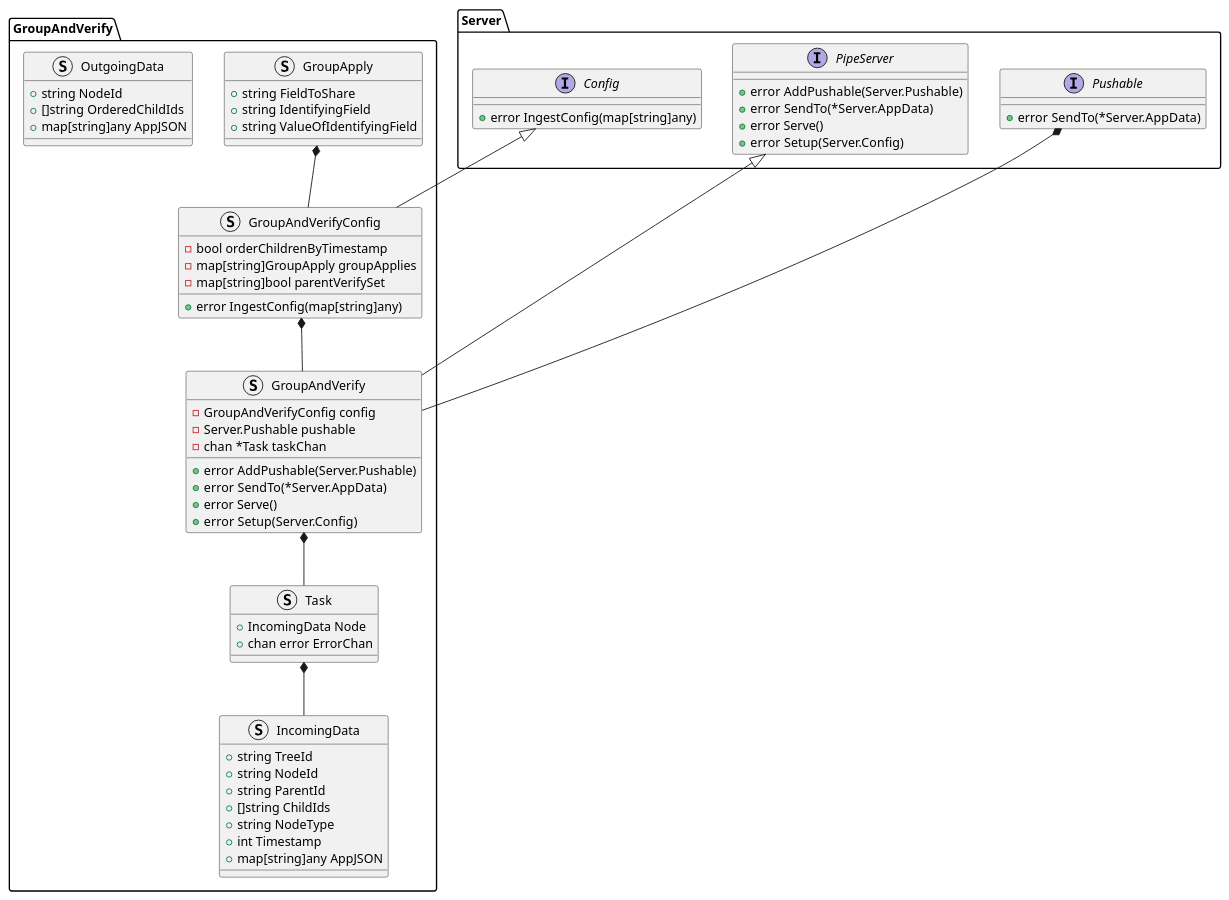
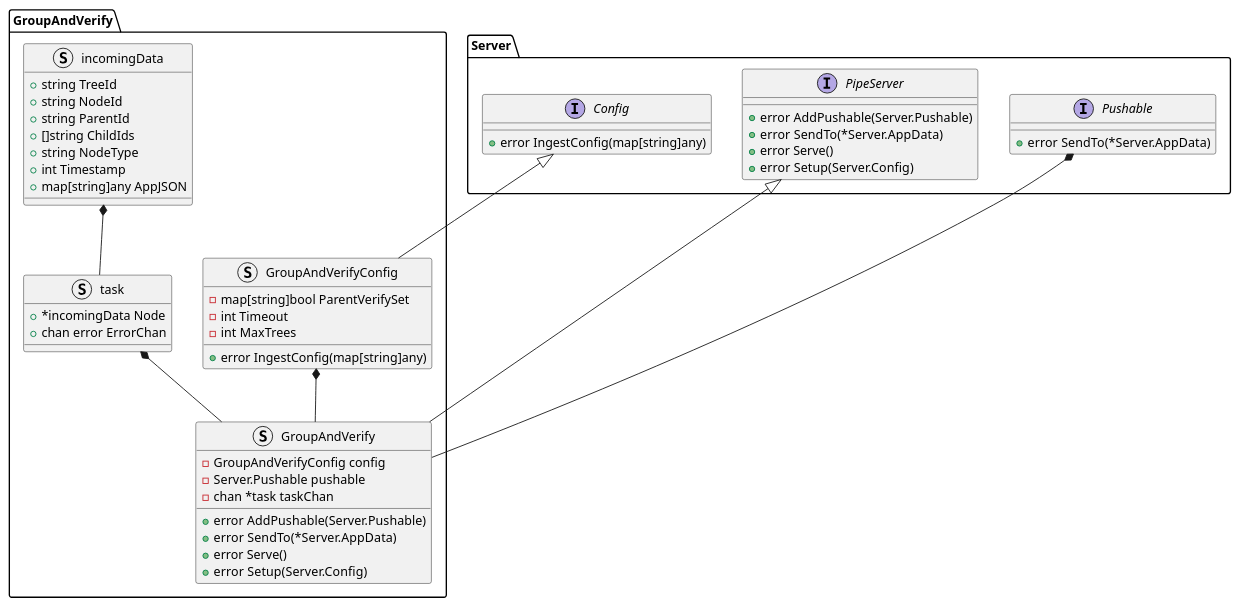
The diagram in docs/design_notes/DN3_Group_And_Verify/class_diagram.puml (xtuml/otel2pv), drawn with PlantUML before and after one commit. The commit also changed 2 other files, not shown here.

```diff
--- a/docs/design_notes/DN3_Group_And_Verify/class_diagram.puml
+++ b/docs/design_notes/DN3_Group_And_Verify/class_diagram.puml
@@ -1,64 +1,53 @@
 @startuml
 interface Server.Config {
     +error IngestConfig(map[string]any)
 }
 interface Server.PipeServer {
     +error AddPushable(Server.Pushable)
     +error SendTo(*Server.AppData)
     +error Serve()
     +error Setup(Server.Config)
 }
 interface Server.Pushable {
     +error SendTo(*Server.AppData)
 }
 
 namespace GroupAndVerify {
-    struct GroupApply {
-        +string FieldToShare
-        +string IdentifyingField
-        +string ValueOfIdentifyingField
-    } 
 
     struct GroupAndVerifyConfig {
-        -bool orderChildrenByTimestamp
-        -map[string]GroupApply groupApplies
-        -map[string]bool parentVerifySet
+        -map[string]bool ParentVerifySet
+        -int Timeout
+        -int MaxTrees
         +error IngestConfig(map[string]any)
     }
     struct GroupAndVerify {
         -GroupAndVerifyConfig config
         -Server.Pushable pushable
-        -chan *Task taskChan
+        -chan *task taskChan
         +error AddPushable(Server.Pushable)
         +error SendTo(*Server.AppData)
         +error Serve()
         +error Setup(Server.Config)
     }
-    struct Task {
-        +IncomingData Node
+    struct task {
+        +*incomingData Node
         +chan error ErrorChan
     }
-    struct IncomingData {
+    struct incomingData {
         +string TreeId
         +string NodeId
         +string ParentId
         +[]string ChildIds
         +string NodeType
         +int Timestamp
         +map[string]any AppJSON
     }
-    struct OutgoingData {
-        +string NodeId
-        +[]string OrderedChildIds
-        +map[string]any AppJSON
-    }
 }
 
 Server.PipeServer <|-- GroupAndVerify.GroupAndVerify
 Server.Pushable *-- GroupAndVerify.GroupAndVerify
 Server.Config <|-- GroupAndVerify.GroupAndVerifyConfig
-GroupAndVerify.GroupApply *-- GroupAndVerify.GroupAndVerifyConfig
 GroupAndVerify.GroupAndVerifyConfig *-- GroupAndVerify.GroupAndVerify
-GroupAndVerify.Task *-- GroupAndVerify.IncomingData
-GroupAndVerify.GroupAndVerify *-- GroupAndVerify.Task
+GroupAndVerify.incomingData *-- GroupAndVerify.task
+GroupAndVerify.task *-- GroupAndVerify.GroupAndVerify 
 @enduml
```
